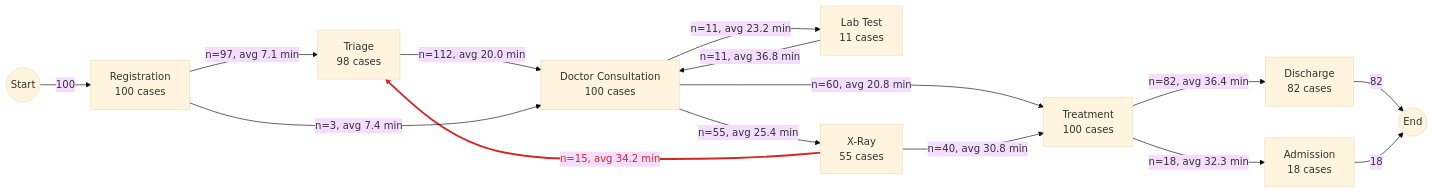
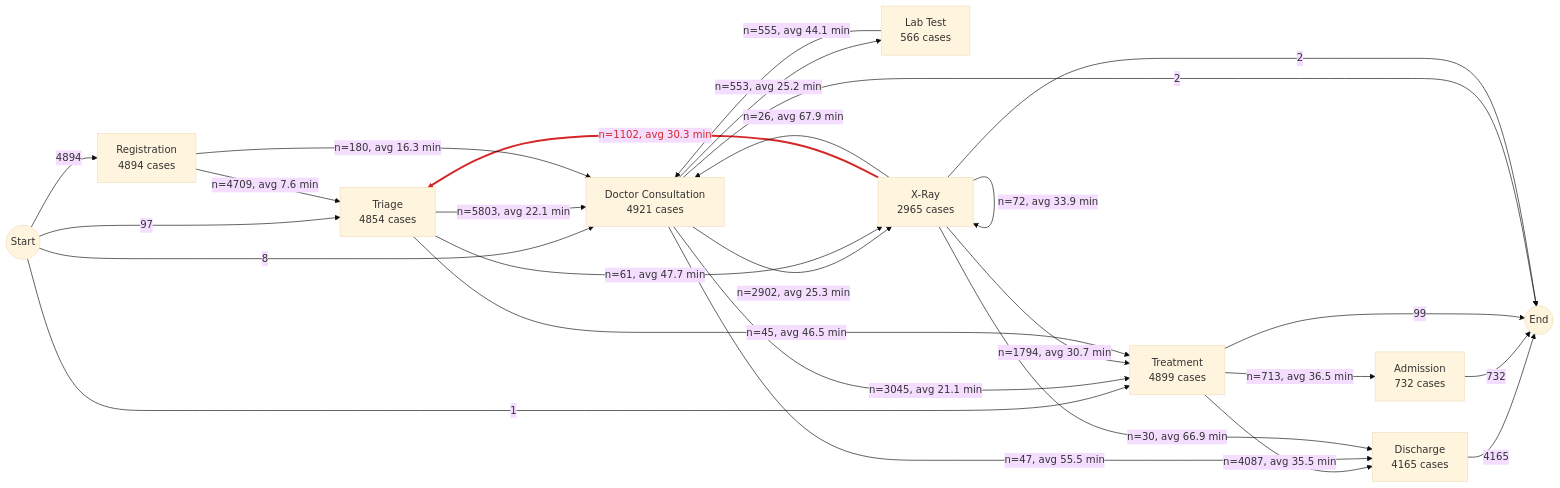
Before and after one commit to arju109/careflow-process-mining: the diagram in results/process_map.md, drawn with Mermaid (base theme). The commit also changed other lines of this file and 4 other files, not shown here.

````diff
--- a/results/process_map.md
+++ b/results/process_map.md
@@ -5,28 +5,40 @@
 ```mermaid
 flowchart LR
     START((Start))
     END((End))
-    N_Registration["Registration<br/>100 cases"]
-    N_Triage["Triage<br/>98 cases"]
-    N_Doctor_Consultation["Doctor Consultation<br/>100 cases"]
-    N_Lab_Test["Lab Test<br/>11 cases"]
-    N_X_Ray["X-Ray<br/>55 cases"]
-    N_Treatment["Treatment<br/>100 cases"]
-    N_Admission["Admission<br/>18 cases"]
-    N_Discharge["Discharge<br/>82 cases"]
-    START -->|"100"| N_Registration
-    N_Triage -->|"n=112, avg 20.0 min"| N_Doctor_Consultation
-    N_Registration -->|"n=97, avg 7.1 min"| N_Triage
-    N_Treatment -->|"n=82, avg 36.4 min"| N_Discharge
-    N_Doctor_Consultation -->|"n=60, avg 20.8 min"| N_Treatment
-    N_Doctor_Consultation -->|"n=55, avg 25.4 min"| N_X_Ray
-    N_X_Ray -->|"n=40, avg 30.8 min"| N_Treatment
-    N_Treatment -->|"n=18, avg 32.3 min"| N_Admission
-    N_X_Ray -->|"n=15, avg 34.2 min"| N_Triage
-    N_Doctor_Consultation -->|"n=11, avg 23.2 min"| N_Lab_Test
-    N_Lab_Test -->|"n=11, avg 36.8 min"| N_Doctor_Consultation
-    N_Registration -->|"n=3, avg 7.4 min"| N_Doctor_Consultation
-    N_Discharge -->|"82"| END
-    N_Admission -->|"18"| END
-    linkStyle 8 stroke:#d62728,stroke-width:3px,color:#d62728
+    N_Registration["Registration<br/>4894 cases"]
+    N_Triage["Triage<br/>4854 cases"]
+    N_Doctor_Consultation["Doctor Consultation<br/>4921 cases"]
+    N_Lab_Test["Lab Test<br/>566 cases"]
+    N_X_Ray["X-Ray<br/>2965 cases"]
+    N_Treatment["Treatment<br/>4899 cases"]
+    N_Admission["Admission<br/>732 cases"]
+    N_Discharge["Discharge<br/>4165 cases"]
+    START -->|"4894"| N_Registration
+    START -->|"97"| N_Triage
+    START -->|"8"| N_Doctor_Consultation
+    START -->|"1"| N_Treatment
+    N_Triage -->|"n=5803, avg 22.1 min"| N_Doctor_Consultation
+    N_Registration -->|"n=4709, avg 7.6 min"| N_Triage
+    N_Treatment -->|"n=4087, avg 35.5 min"| N_Discharge
+    N_Doctor_Consultation -->|"n=3045, avg 21.1 min"| N_Treatment
+    N_Doctor_Consultation -->|"n=2902, avg 25.3 min"| N_X_Ray
+    N_X_Ray -->|"n=1794, avg 30.7 min"| N_Treatment
+    N_X_Ray -->|"n=1102, avg 30.3 min"| N_Triage
+    N_Treatment -->|"n=713, avg 36.5 min"| N_Admission
+    N_Lab_Test -->|"n=555, avg 44.1 min"| N_Doctor_Consultation
+    N_Doctor_Consultation -->|"n=553, avg 25.2 min"| N_Lab_Test
+    N_Registration -->|"n=180, avg 16.3 min"| N_Doctor_Consultation
+    N_X_Ray -->|"n=72, avg 33.9 min"| N_X_Ray
+    N_Triage -->|"n=61, avg 47.7 min"| N_X_Ray
+    N_Doctor_Consultation -->|"n=47, avg 55.5 min"| N_Discharge
+    N_Triage -->|"n=45, avg 46.5 min"| N_Treatment
+    N_X_Ray -->|"n=30, avg 66.9 min"| N_Discharge
+    N_X_Ray -->|"n=26, avg 67.9 min"| N_Doctor_Consultation
+    N_Discharge -->|"4165"| END
+    N_Admission -->|"732"| END
+    N_Treatment -->|"99"| END
+    N_Doctor_Consultation -->|"2"| END
+    N_X_Ray -->|"2"| END
+    linkStyle 10 stroke:#d62728,stroke-width:3px,color:#d62728
 ```
````
